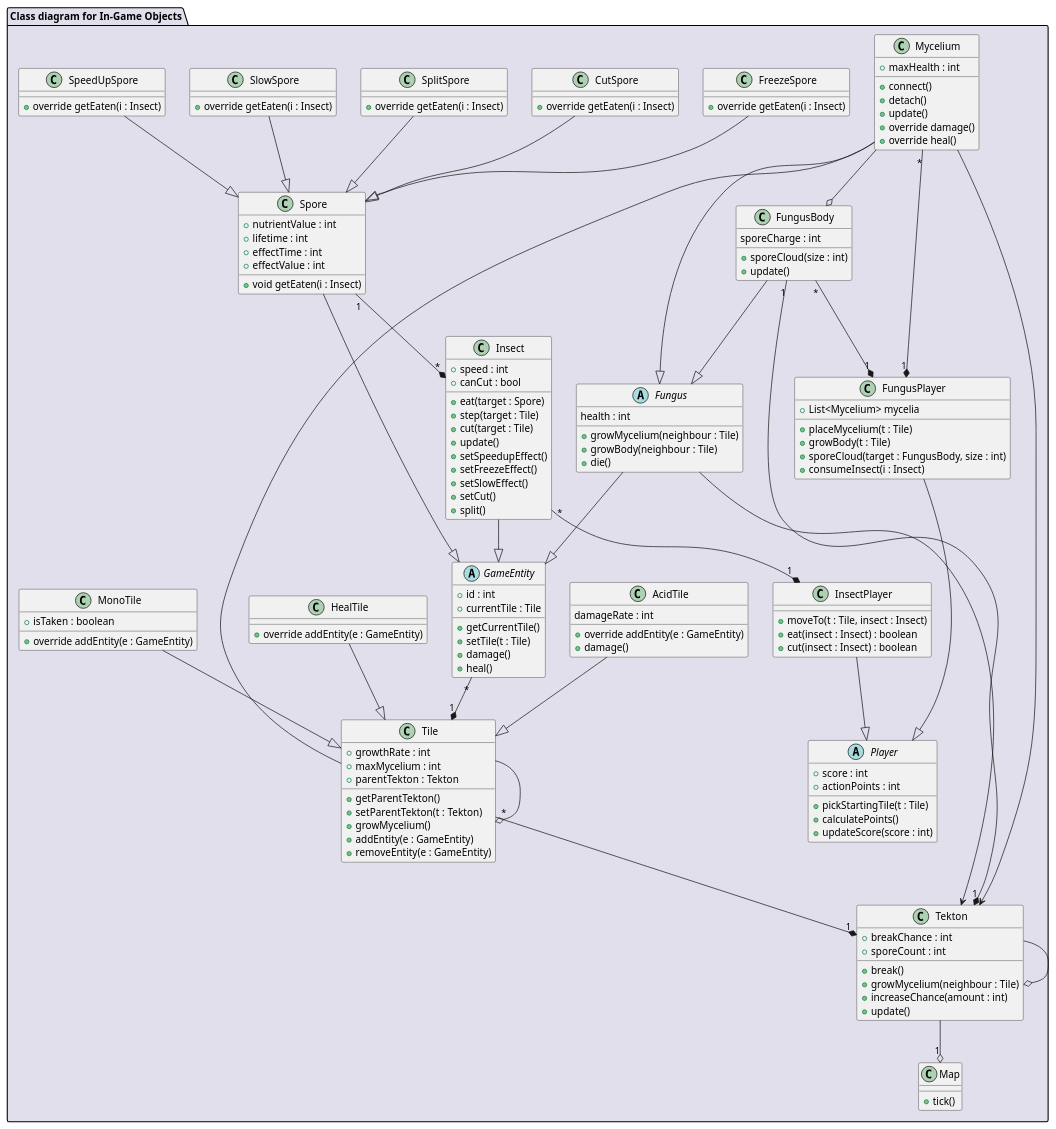
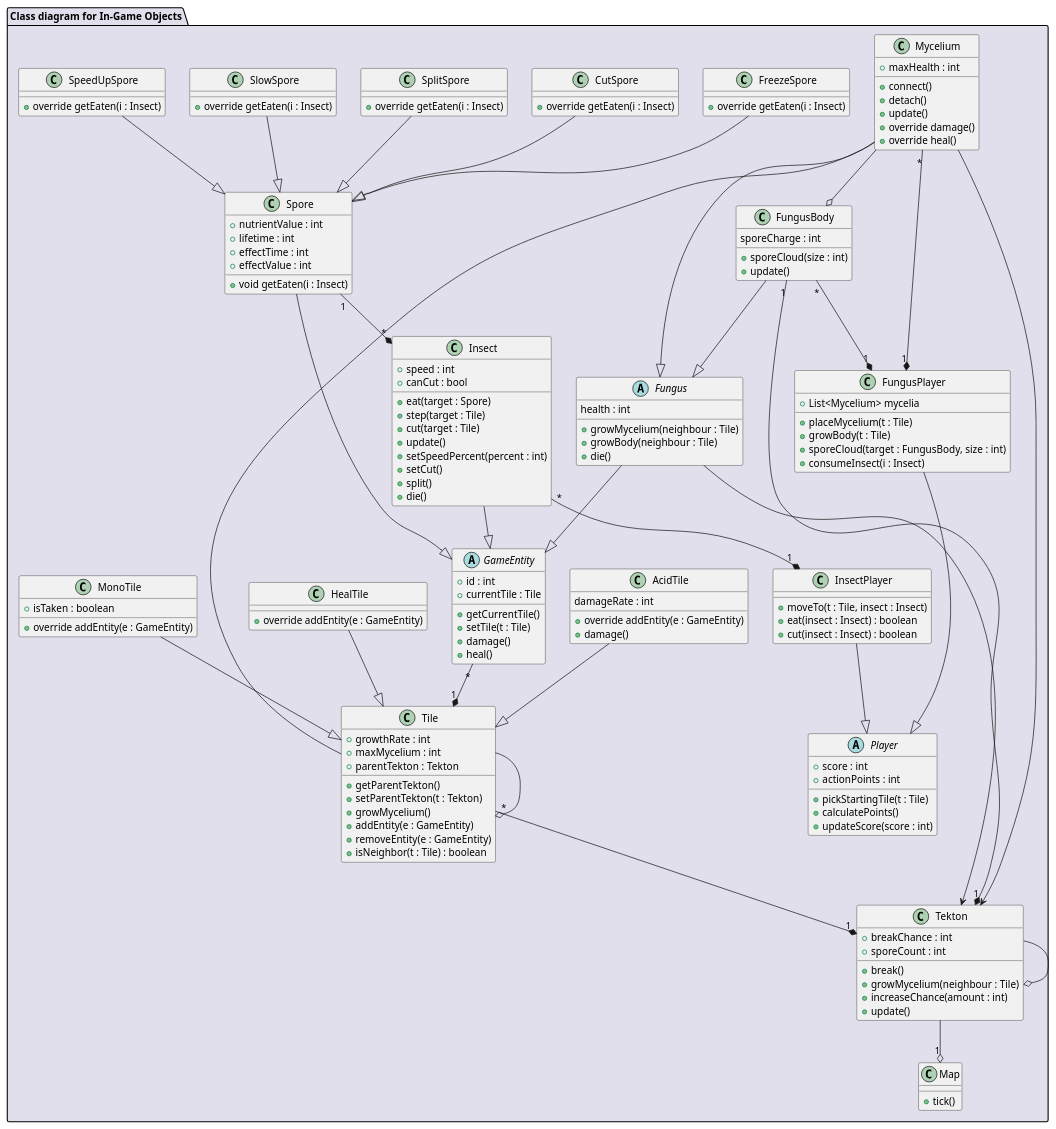
The diagram in diagrams/diagramFiles/CD_InGameObjects.puml (Harcipan/Projlab_nullpointerexception), drawn with PlantUML before and after one commit. The commit also changed 6 other files, not shown here.

Commit message:
added new resuirements to sequence diagrams

```diff
--- a/diagrams/diagramFiles/CD_InGameObjects.puml
+++ b/diagrams/diagramFiles/CD_InGameObjects.puml
@@ -1,183 +1,183 @@
 @startuml CD_InGameObjects
 
 package "Class diagram for In-Game Objects" #E1DFEB {
     
     'world elements'
 
     class Map {
         + tick()
     }
 
     class Tekton {
         + breakChance : int
         + sporeCount : int
         + break()
         + growMycelium(neighbour : Tile)
         + increaseChance(amount : int)
         + update()
     }
 
     class Tile {
         + growthRate : int
         + maxMycelium : int
         + parentTekton : Tekton
         + getParentTekton()
         + setParentTekton(t : Tekton)
         + growMycelium()
         + addEntity(e : GameEntity)
         + removeEntity(e : GameEntity)
+        + isNeighbor(t : Tile) : boolean
     }
 
     class MonoTile {
         + isTaken : boolean
         + override addEntity(e : GameEntity)
     }
 
     class AcidTile {
         damageRate : int
         + override addEntity(e : GameEntity)
         + damage()
     }
 
     class HealTile {
         + override addEntity(e : GameEntity)
     }
     'interactive elements'
 
     abstract class GameEntity {
         + id : int
         + currentTile : Tile
         + getCurrentTile()
         + setTile(t : Tile)
         + damage()
         + heal()
     }
 
     class Mycelium {
         + maxHealth : int
         + connect()
         + detach()
         + update()
         + override damage()
         + override heal()
     }
 
     class Spore {
         + nutrientValue : int
         + lifetime : int
         + effectTime : int
         + effectValue : int
         + void getEaten(i : Insect)
     }
 
     class SlowSpore {
         + override getEaten(i : Insect)
     }
 
     class SpeedUpSpore {
         + override getEaten(i : Insect)
     }
 
     class FreezeSpore {
         + override getEaten(i : Insect)
     }
 
     class CutSpore {
         + override getEaten(i : Insect)
     }
 
     class SplitSpore {
         + override getEaten(i : Insect)
     }
 
     'playable elements'
 
     abstract class Player {
         + score : int
         + actionPoints : int
         + pickStartingTile(t : Tile)
         + calculatePoints()
         + updateScore(score : int)
     }
 
 
     class FungusPlayer {
         + List<Mycelium> mycelia
         + placeMycelium(t : Tile)
         + growBody(t : Tile)
         + sporeCloud(target : FungusBody, size : int)
         + consumeInsect(i : Insect)
     }
 
     abstract class Fungus {
         health : int
         + growMycelium(neighbour : Tile)
         + growBody(neighbour : Tile)
         + die()
     }
 
     class FungusBody {
         sporeCharge : int
         + sporeCloud(size : int)
         + update()
     }
     
     class InsectPlayer {
         + moveTo(t : Tile, insect : Insect)
         + eat(insect : Insect) : boolean
         + cut(insect : Insect) : boolean
     }
 
     class Insect {
         + speed : int
         + canCut : bool
         + eat(target : Spore)
         + step(target : Tile)
         + cut(target : Tile)
         + update()
-        + setSpeedupEffect()
-        + setFreezeEffect()
-        + setSlowEffect()
+        + setSpeedPercent(percent : int)
         + setCut()
         + split()
+        + die()
     }
 
     'connections'
 
     Spore --|> GameEntity
     Fungus --|> GameEntity
     Insect --|> GameEntity
 
     Mycelium --o FungusBody
 
     SlowSpore --|> Spore
     FreezeSpore --|> Spore
     SpeedUpSpore --|> Spore
     CutSpore --|> Spore
     SplitSpore --|> Spore
 
     Tekton --o "1" Map
     FungusBody "1" --* "1" Tekton
     Fungus --> Tekton
     Mycelium --> Tekton
     Tile "*" --* "1" Tekton
 
     MonoTile --|> Tile
     AcidTile --|> Tile
     HealTile --|> Tile
     
     Mycelium --|> Fungus
     FungusBody --|> Fungus
     GameEntity "*" --* "1" Tile
     Tile  --o  Tile
     Tekton --o Tekton
     FungusPlayer --|> Player
     Mycelium "*" --* "1" FungusPlayer
     InsectPlayer --|> Player
     Insect "*" --* "1" InsectPlayer
     FungusBody "*" --* "1" FungusPlayer
     Spore "1" --* "*" Insect
     Mycelium  -- Tile
 }
 
 @enduml
```
